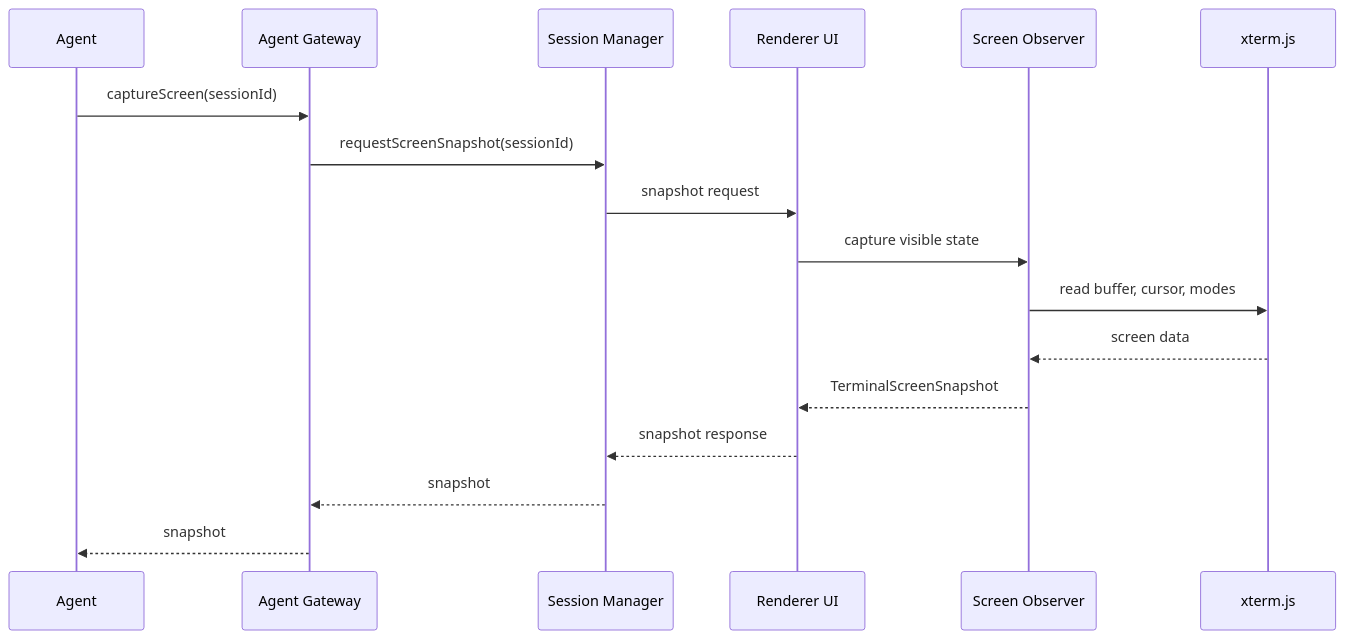
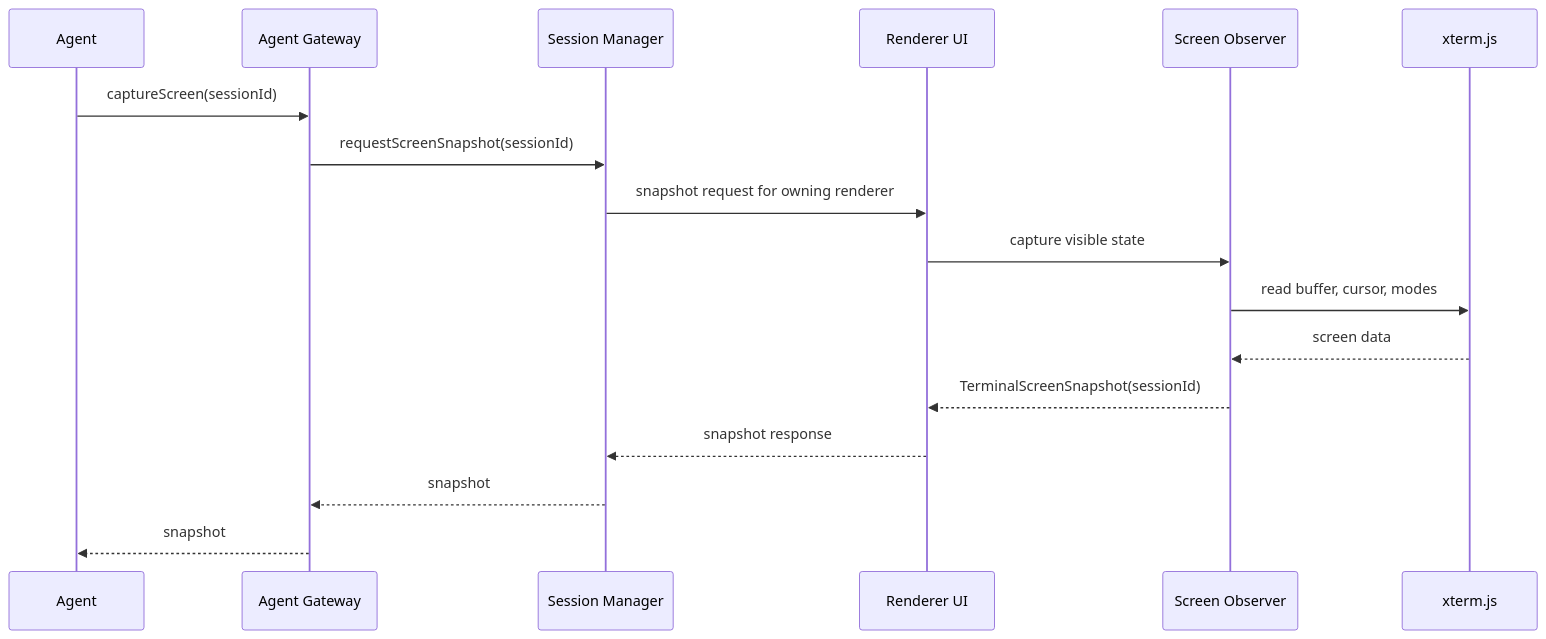
The eighth of 10 diagrams in docs/specs/terminal-architecture.md (procontexthq/procontext-terminal), drawn with Mermaid before and after one commit. The commit also changed other lines of this file and 38 other files, not shown here.

Commit message:
fix: harden renderer session lifecycle

````diff
--- a/docs/specs/terminal-architecture.md
+++ b/docs/specs/terminal-architecture.md
@@ -310,20 +326,20 @@
 ```mermaid
 sequenceDiagram
   participant Agent
   participant Gateway as Agent Gateway
   participant Session as Session Manager
   participant Renderer as Renderer UI
   participant Observer as Screen Observer
   participant Xterm as xterm.js
 
   Agent->>Gateway: captureScreen(sessionId)
   Gateway->>Session: requestScreenSnapshot(sessionId)
-  Session->>Renderer: snapshot request
+  Session->>Renderer: snapshot request for owning renderer
   Renderer->>Observer: capture visible state
   Observer->>Xterm: read buffer, cursor, modes
   Xterm-->>Observer: screen data
-  Observer-->>Renderer: TerminalScreenSnapshot
+  Observer-->>Renderer: TerminalScreenSnapshot(sessionId)
   Renderer-->>Session: snapshot response
   Session-->>Gateway: snapshot
   Gateway-->>Agent: snapshot
 ```
````
